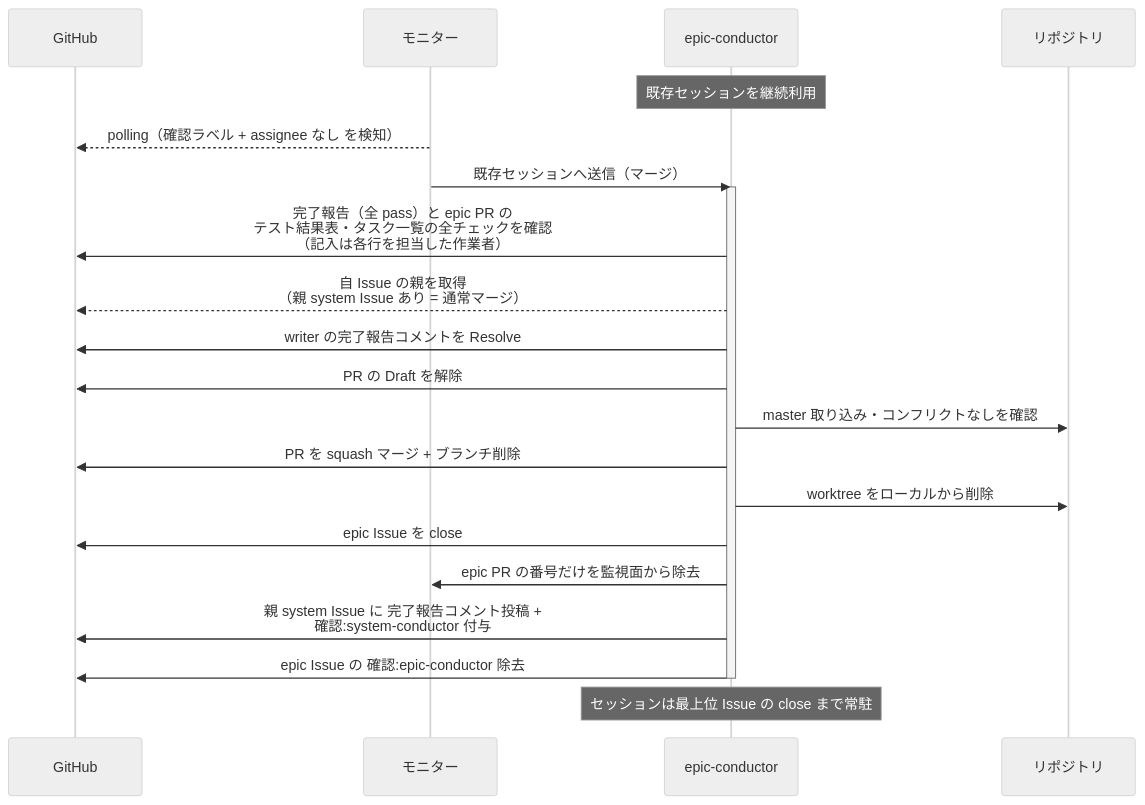
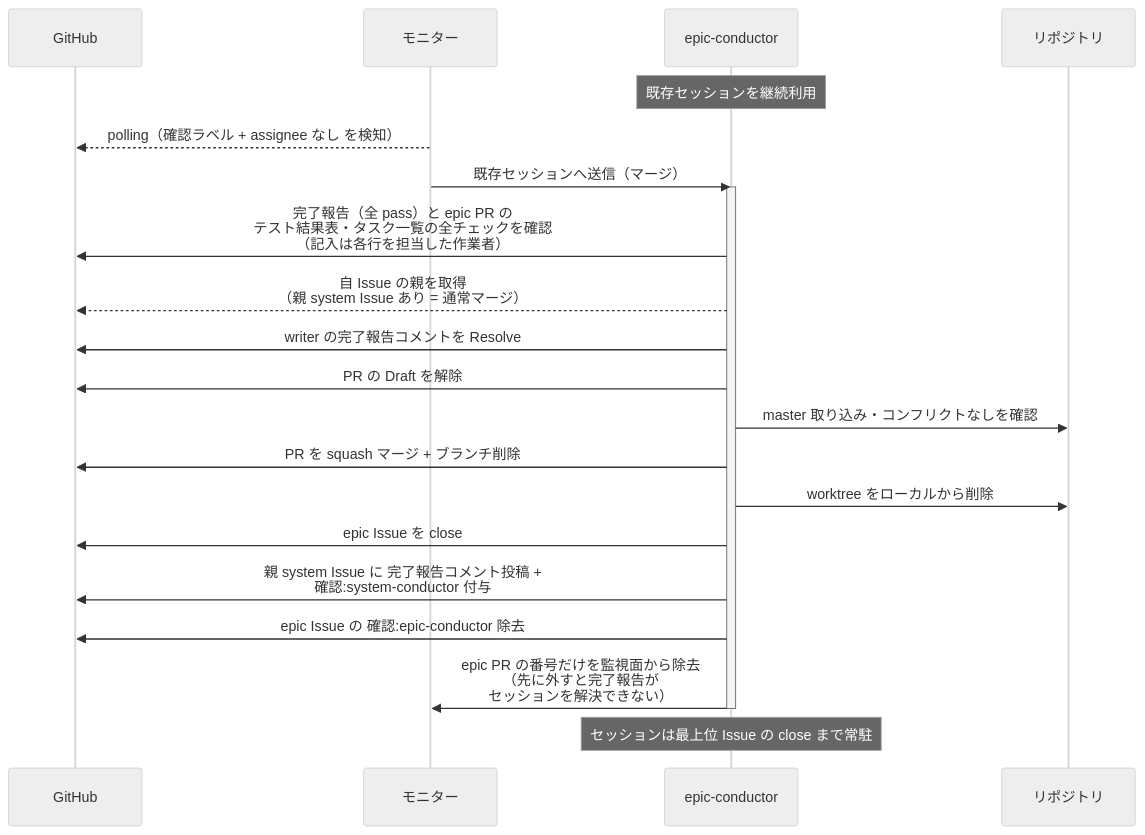
The fourth of 6 diagrams in docs/wiki/設計図/シナリオ/単一ユースケース/マージ.md (shuhei1101/ai-monitor), drawn with Mermaid (neutral theme) before and after one commit. The commit also changed 7 other files, not shown here.

````diff
--- a/docs/wiki/設計図/シナリオ/単一ユースケース/マージ.md
+++ b/docs/wiki/設計図/シナリオ/単一ユースケース/マージ.md
@@ -177,25 +177,25 @@
 ```mermaid
 sequenceDiagram
   participant GH as GitHub
   participant ORC as モニター
   participant MON as epic-conductor
   participant REPO as リポジトリ
 
   Note over MON: 既存セッションを継続利用
   ORC-->>GH: polling（確認ラベル + assignee なし を検知）
   ORC->>MON: 既存セッションへ送信（マージ）
   activate MON
   MON->>GH: 完了報告（全 pass）と epic PR の<br>テスト結果表・タスク一覧の全チェックを確認<br>（記入は各行を担当した作業者）
   MON-->>GH: 自 Issue の親を取得<br>（親 system Issue あり = 通常マージ）
   MON->>GH: writer の完了報告コメントを Resolve
   MON->>GH: PR の Draft を解除
   MON->>REPO: master 取り込み・コンフリクトなしを確認
   MON->>GH: PR を squash マージ + ブランチ削除
   MON->>REPO: worktree をローカルから削除
   MON->>GH: epic Issue を close
-  MON->>ORC: epic PR の番号だけを監視面から除去
   MON->>GH: 親 system Issue に 完了報告コメント投稿 +<br>確認:system-conductor 付与
   MON->>GH: epic Issue の 確認:epic-conductor 除去
+  MON->>ORC: epic PR の番号だけを監視面から除去<br>（先に外すと完了報告が<br>セッションを解決できない）
   deactivate MON
   Note over MON: セッションは最上位 Issue の close まで常駐
 ```
````
